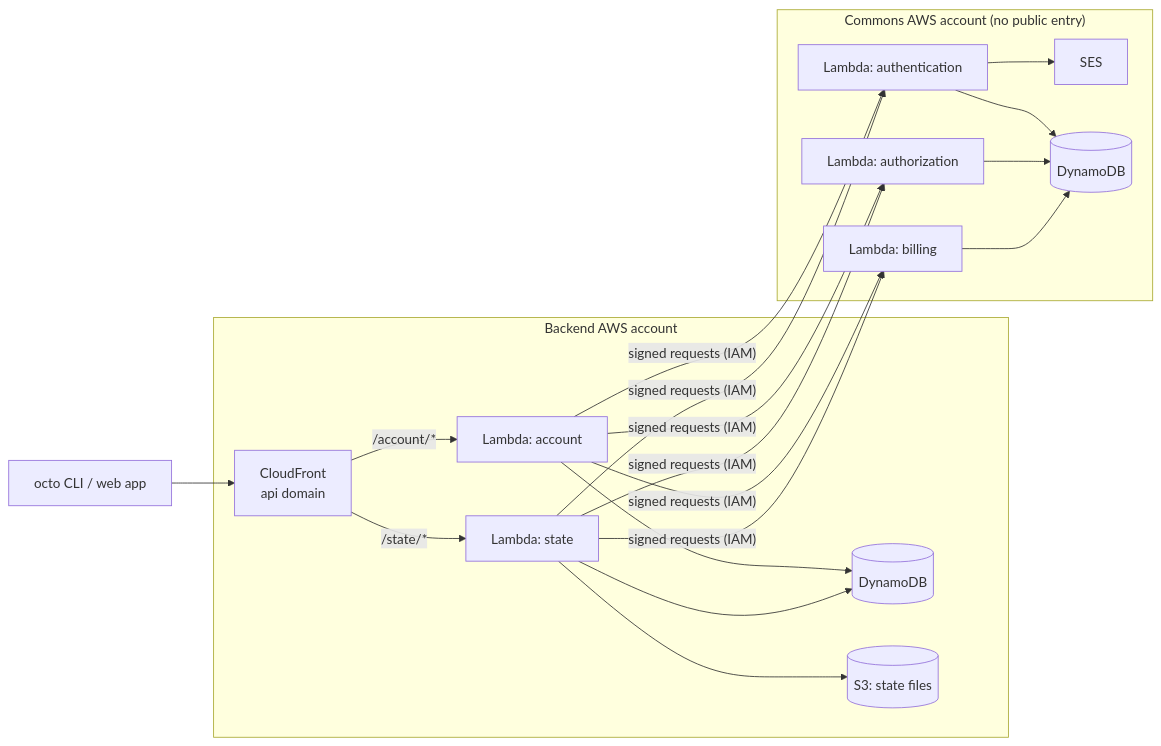
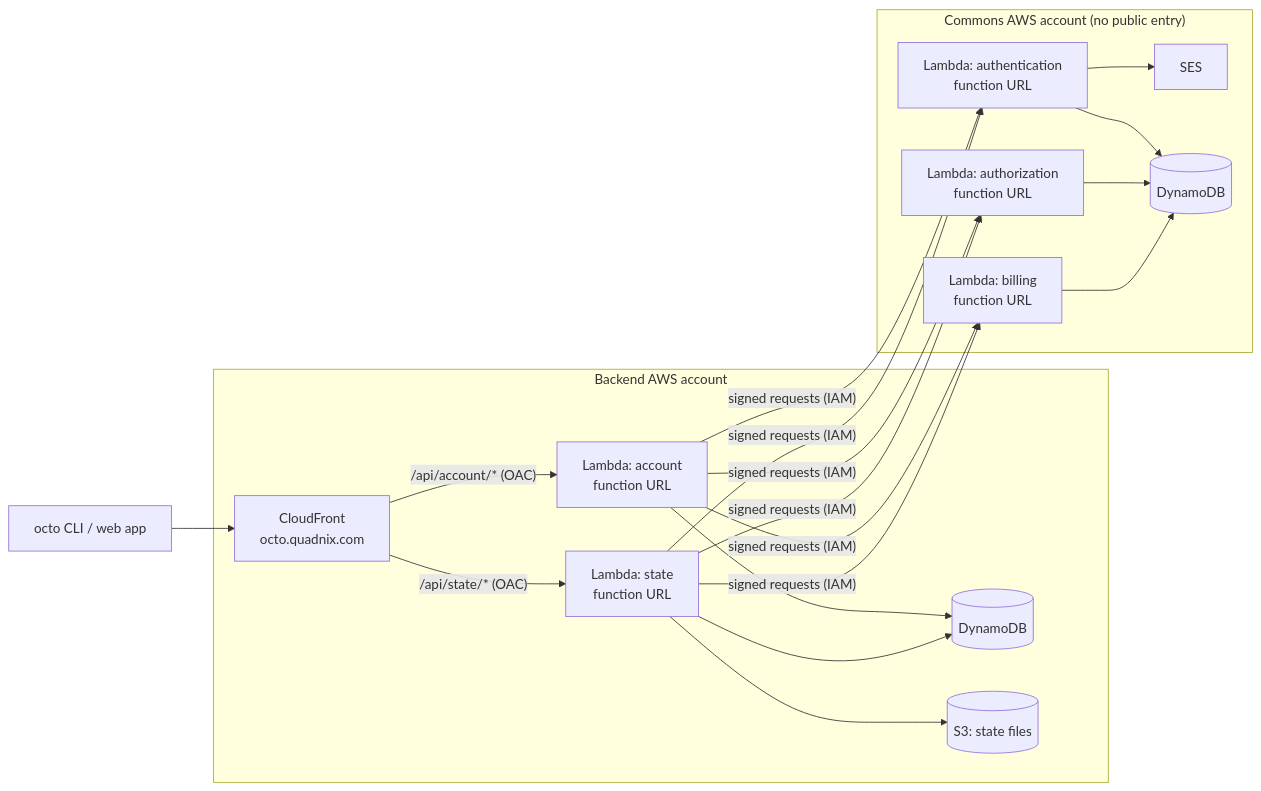
The diagram in docs/serverless-backend-plan.md (quadnix/octo), drawn with Mermaid before and after one commit. The commit also changed other lines of this file and 12 other files, not shown here.

````diff
--- a/docs/serverless-backend-plan.md
+++ b/docs/serverless-backend-plan.md
@@ -26,17 +26,17 @@
 ```mermaid
 graph LR
     subgraph backend["Backend AWS account"]
-        cf[CloudFront<br>api domain] -- " /account/* " --> a[Lambda: account]
-        cf -- " /state/* " --> s[Lambda: state]
+        cf[CloudFront<br>octo.quadnix.com] -- " /api/account/* (OAC) " --> a[Lambda: account<br>function URL]
+        cf -- " /api/state/* (OAC) " --> s[Lambda: state<br>function URL]
         a & s --> bddb[(DynamoDB)]
         s --> s3[(S3: state files)]
     end
     subgraph commons["Commons AWS account (no public entry)"]
-        l1[Lambda: authentication] --> ses[SES]
-        l2[Lambda: authorization]
-        l3[Lambda: billing]
+        l1[Lambda: authentication<br>function URL] --> ses[SES]
+        l2[Lambda: authorization<br>function URL]
+        l3[Lambda: billing<br>function URL]
         l1 & l2 & l3 --> cddb[(DynamoDB)]
     end
     cli[octo CLI / web app] --> cf
     a & s -- " signed requests (IAM) " --> l1 & l2 & l3
 ```
````
